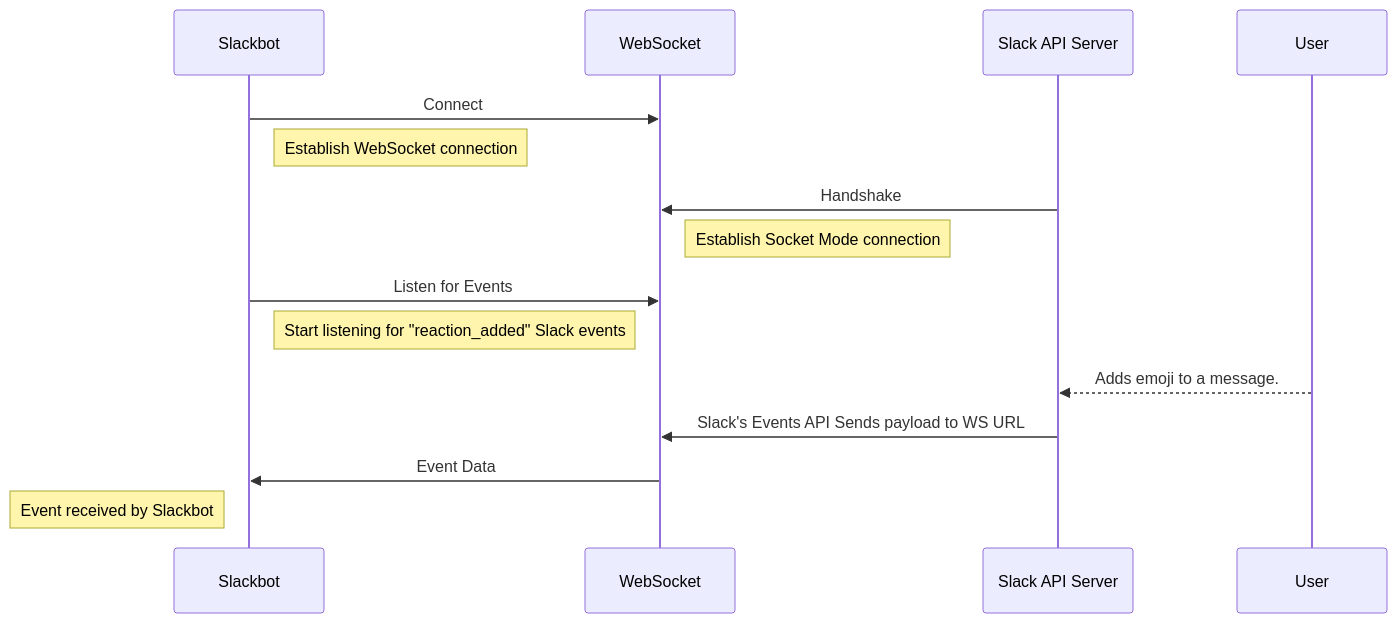
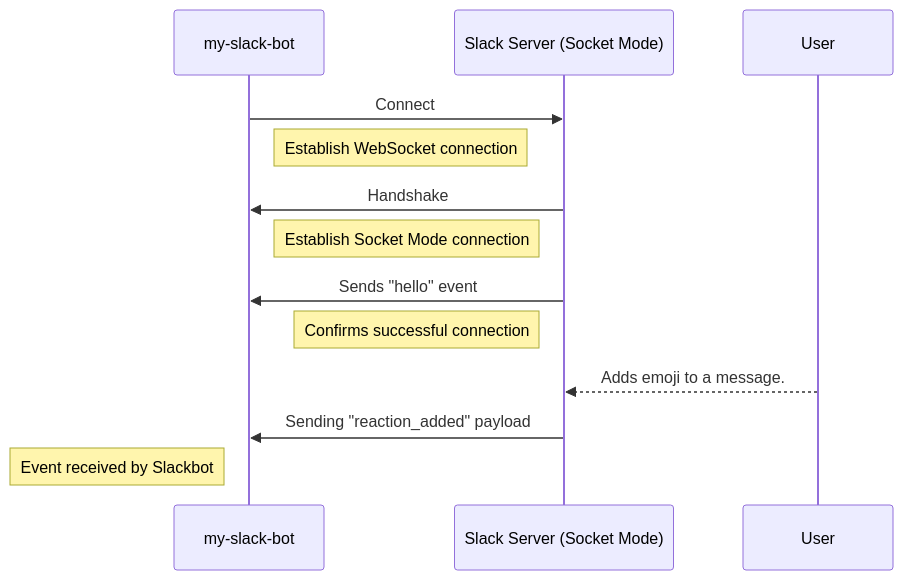
One commit to asyncapi/website changed the first of 2 diagrams in pages/docs/tutorials/getting-started/slackbot-websocket-tutorial.md. Above: the diagram before and after it, drawn with Mermaid. The commit also changed other lines of this file, not shown here.

Commit message:
Added content for hello event

````diff
--- a/pages/docs/tutorials/getting-started/slackbot-websocket-tutorial.md
+++ b/pages/docs/tutorials/getting-started/slackbot-websocket-tutorial.md
@@ -14,29 +14,29 @@
 ```mermaid
 sequenceDiagram
-participant Slackbot
-participant WebSocket
-participant Slack API Server
+participant my-slack-bot
+participant Slack Server (Socket Mode)
 participant User
 
 
-Slackbot->>WebSocket: Connect
-Note right of Slackbot: Establish WebSocket connection
+my-slack-bot->>Slack Server (Socket Mode): Connect
+Note right of my-slack-bot: Establish WebSocket connection
 
 
-Slack API Server->>WebSocket : Handshake
-Note right of WebSocket: Establish Socket Mode connection
+Slack Server (Socket Mode)->> my-slack-bot : Handshake
+Note left of Slack Server (Socket Mode): Establish Socket Mode connection
+
+Slack Server (Socket Mode)->> my-slack-bot : Sends "hello" event
+Note left of Slack Server (Socket Mode): Confirms successful connection
 
 
-Slackbot->>WebSocket: Listen for Events
-Note right of Slackbot : Start listening for "reaction_added" Slack events
 
 
-User-->>Slack API Server: Adds emoji to a message.
+
+User-->>Slack Server (Socket Mode): Adds emoji to a message.
 
 
-Slack API Server->>WebSocket: Slack's Events API Sends payload to WS URL
+Slack Server (Socket Mode)->>my-slack-bot: Sending "reaction_added" payload
 
 
-WebSocket->>Slackbot: Event Data
-Note left of Slackbot: Event received by Slackbot
+Note left of my-slack-bot: Event received by Slackbot
 ``` 
````
